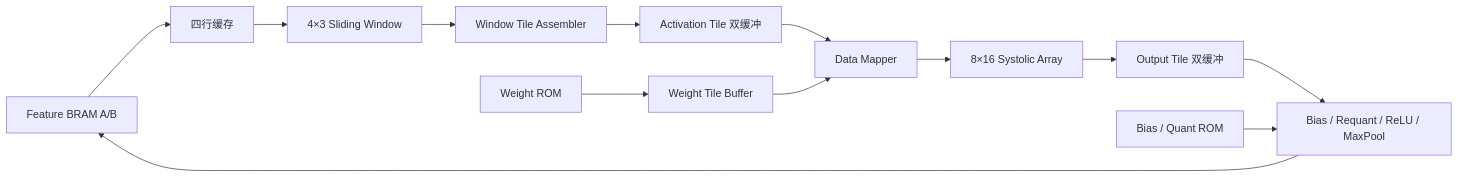
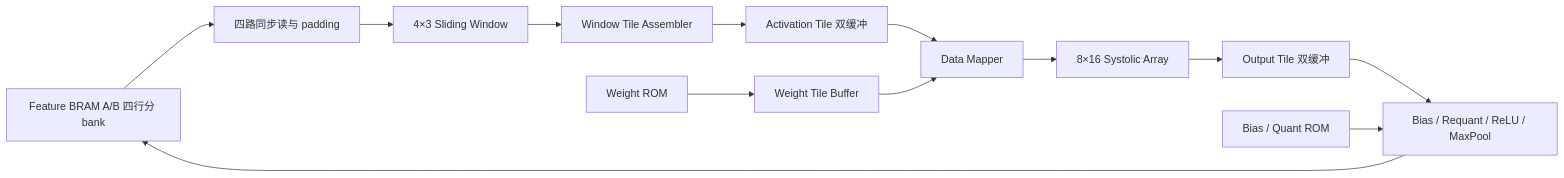
Before and after one commit to Soap7366/SystolicCNN: the diagram in docs/baseline_design.md, drawn with Mermaid. The commit also changed other lines of this file and 13 other files, not shown here.

````diff
--- a/docs/baseline_design.md
+++ b/docs/baseline_design.md
@@ -27,15 +27,15 @@
 ```mermaid
 flowchart LR
-    F[Feature BRAM A/B] --> L[四行缓存]
+    F[Feature BRAM A/B 四行分 bank] --> L[四路同步读与 padding]
     L --> W[4×3 Sliding Window]
     W --> T[Window Tile Assembler]
     T --> A[Activation Tile 双缓冲]
     R[Weight ROM] --> B[Weight Tile Buffer]
     A --> M[Data Mapper]
     B --> M
     M --> S[8×16 Systolic Array]
     S --> O[Output Tile 双缓冲]
     O --> P[Bias / Requant / ReLU / MaxPool]
     Q[Bias / Quant ROM] --> P
     P --> F
 ```
````
